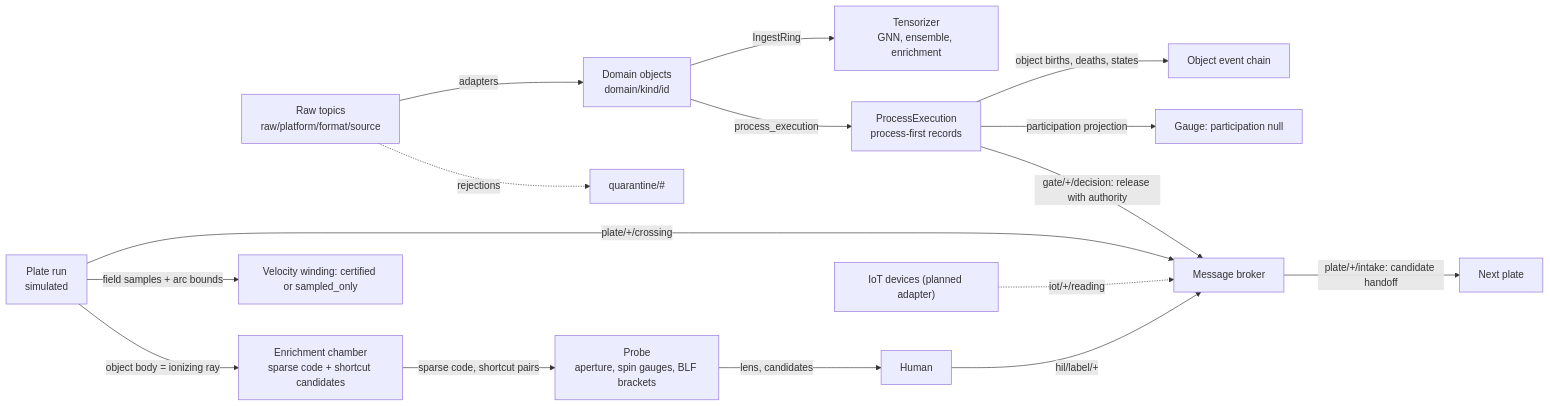
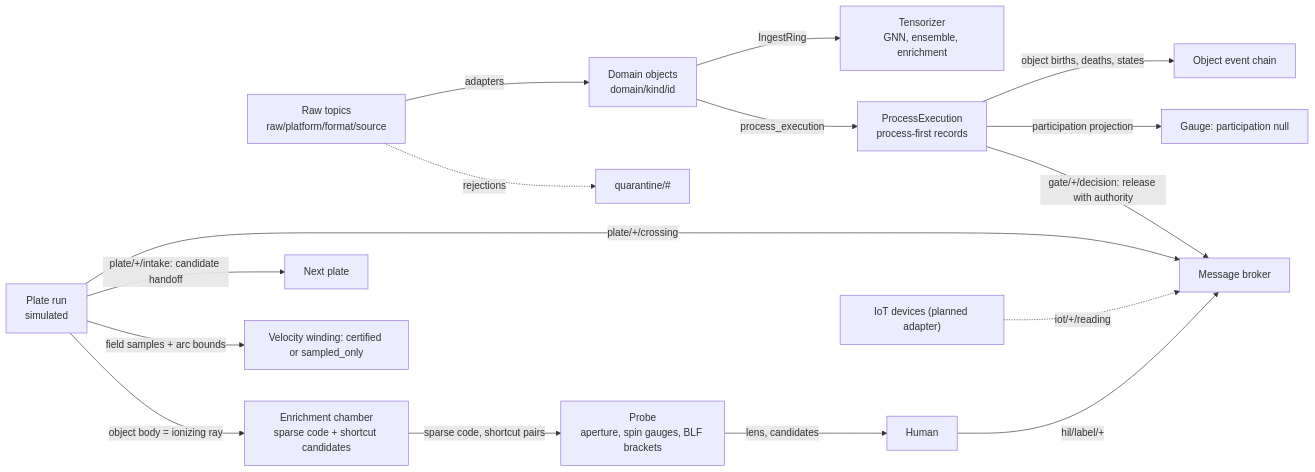
Before and after one commit to jamescavanagh/currentcraft: the diagram in docs/README.md, drawn with Mermaid. The commit also changed other lines of this file and 1 other file, not shown here.

Commit message:
docs: design challenge and appeal route for 0.15.0

````diff
--- a/docs/README.md
+++ b/docs/README.md
@@ -67,18 +68,18 @@
 ```mermaid
 flowchart LR
   RAW["Raw topics<br/>raw/platform/format/source"] -->|"adapters"| DOM["Domain objects<br/>domain/kind/id"]
   DOM -->|"IngestRing"| TZ["Tensorizer<br/>GNN, ensemble, enrichment"]
   RAW -.->|"rejections"| Q["quarantine/#"]
   DOM -->|"process_execution"| PX
   PX["ProcessExecution<br/>process-first records"] -->|"object births, deaths, states"| EV["Object event chain"]
   PX -->|"participation projection"| GA["Gauge: participation null"]
   PL["Plate run<br/>simulated"] -->|"plate/+/crossing"| BR["Message broker"]
-  BR -->|"plate/+/intake: candidate handoff"| PL2["Next plate"]
+  PL -->|"plate/+/intake: candidate handoff"| PL2["Next plate"]
   PX -->|"gate/+/decision: release with authority"| BR
   PL -->|"field samples + arc bounds"| VW["Velocity winding: certified or sampled_only"]
   PL -->|"object body = ionizing ray"| EN["Enrichment chamber<br/>sparse code + shortcut candidates"]
   EN -->|"sparse code, shortcut pairs"| PB["Probe<br/>aperture, spin gauges, BLF brackets"]
   PB -->|"lens, candidates"| HUM["Human"]
   HUM -->|"hil/label/+"| BR
   IOT["IoT devices (planned adapter)"] -.->|"iot/+/reading"| BR
 ```
````
